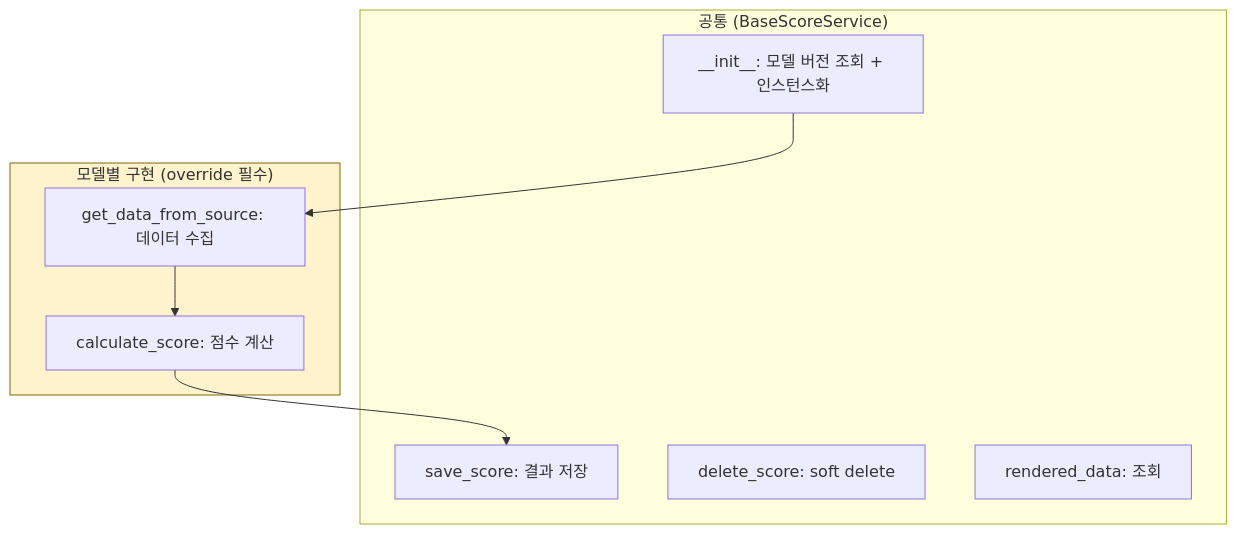
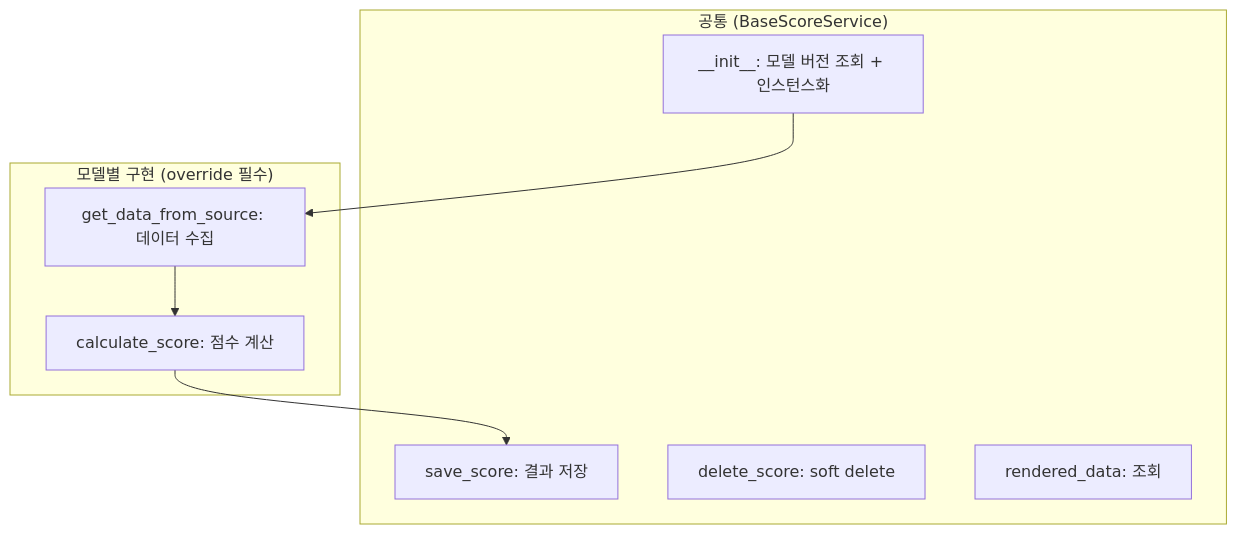
Before and after one commit to Gyubster/til: the second of 5 diagrams in _posts/2025-04-04-신용평가-서비스-아키텍처-template-method-패턴으로-ml-모델-통합하기.md, drawn with Mermaid. The commit also changed other lines of this file and 13 other files, not shown here.

Commit message:
Mermaid 렌더링 수정: subgraph style 명령 제거

````diff
--- a/_posts/2025-04-04-신용평가-서비스-아키텍처-template-method-패턴으로-ml-모델-통합하기.md
+++ b/_posts/2025-04-04-신용평가-서비스-아키텍처-template-method-패턴으로-ml-모델-통합하기.md
@@ -70,15 +70,14 @@
 ```mermaid
 flowchart TD
     subgraph common["공통 (BaseScoreService)"]
         A["__init__: 모델 버전 조회 + 인스턴스화"]
         B["save_score: 결과 저장"]
         C["delete_score: soft delete"]
         D["rendered_data: 조회"]
     end
     subgraph override["모델별 구현 (override 필수)"]
         E["get_data_from_source: 데이터 수집"]
         F["calculate_score: 점수 계산"]
     end
     A --> E --> F --> B
-    style override fill:#fff3cd,stroke:#856404
 ```
````
